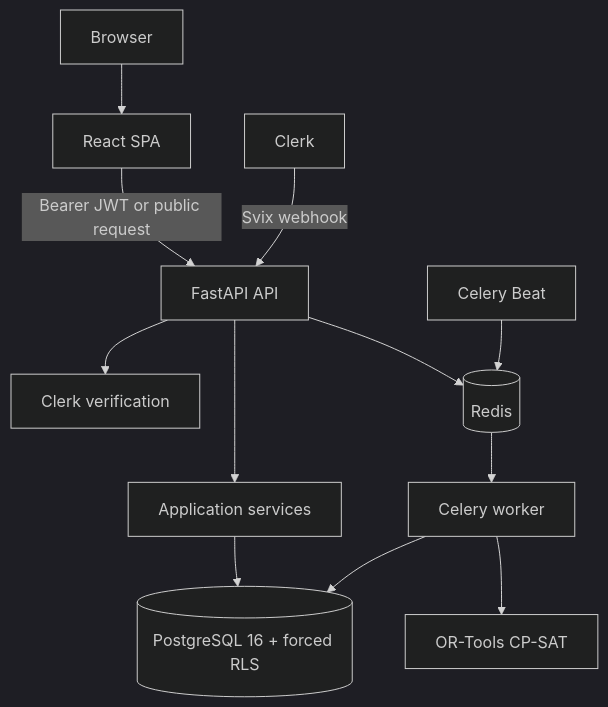
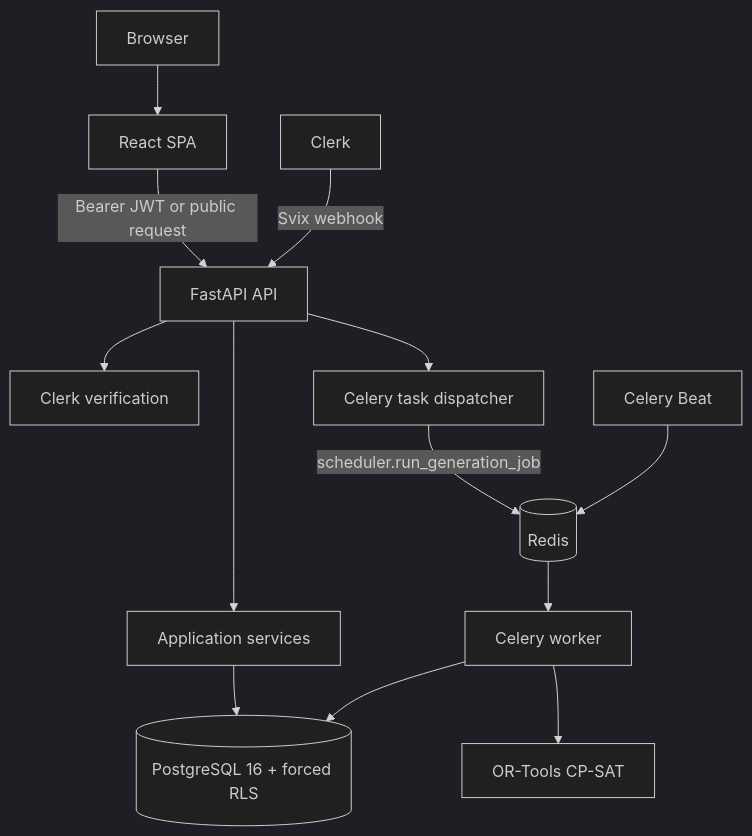
One commit to ORIOP25/Cronos changed the diagram in documentation/01_system_architecture/SYSTEM_ARCHITECTURE.md. Above: the diagram before and after it, drawn with Mermaid (dark theme). The commit also changed other lines of this file and 7 other files, not shown here.

````diff
--- a/documentation/01_system_architecture/SYSTEM_ARCHITECTURE.md
+++ b/documentation/01_system_architecture/SYSTEM_ARCHITECTURE.md
@@ -44,14 +46,15 @@
 ```mermaid
 flowchart TD
     Browser[Browser] --> SPA[React SPA]
     SPA -->|Bearer JWT or public request| API[FastAPI API]
     API --> Auth[Clerk verification]
     API --> Services[Application services]
     Services --> DB[(PostgreSQL 16 + forced RLS)]
-    API --> Redis[(Redis)]
+    API --> Dispatcher[Celery task dispatcher]
+    Dispatcher -->|scheduler.run_generation_job| Redis[(Redis)]
     Redis --> Worker[Celery worker]
     Worker --> Solver[OR-Tools CP-SAT]
     Worker --> DB
     Beat[Celery Beat] --> Redis
     Clerk[Clerk] -->|Svix webhook| API
 ```
````
